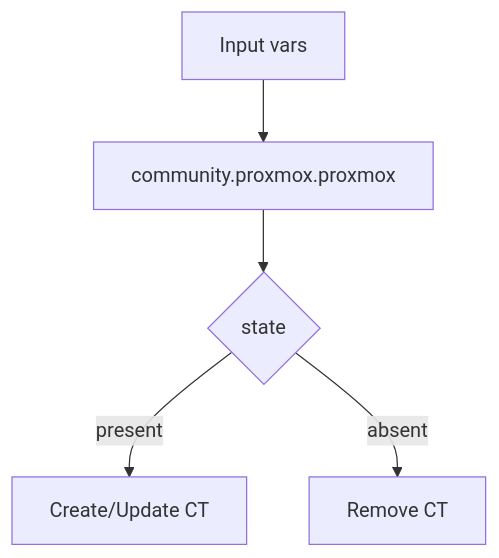
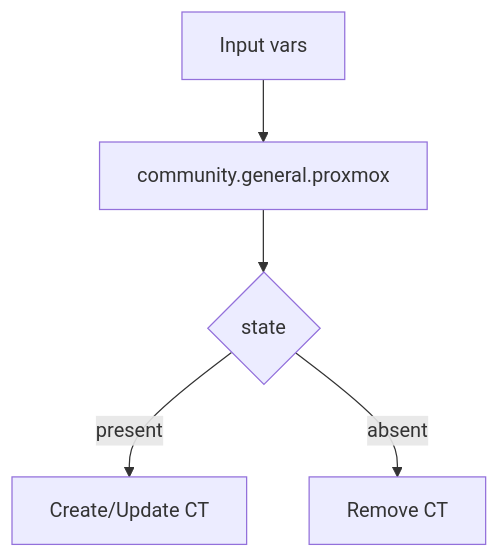
Before and after one commit to ktooi/ansible-collection-pve-inference: the diagram in roles/ct_instance/README.md, drawn with Mermaid. The commit also changed 2 other files, not shown here.

Commit message:
Use community.general.proxmox and declare collection dependency

````diff
--- a/roles/ct_instance/README.md
+++ b/roles/ct_instance/README.md
@@ -15,7 +15,7 @@
 ```mermaid
 flowchart TD
-    A[Input vars] --> B[community.proxmox.proxmox]
+    A[Input vars] --> B[community.general.proxmox]
     B --> C{state}
     C -->|present| D[Create/Update CT]
     C -->|absent| E[Remove CT]
 ```
````
